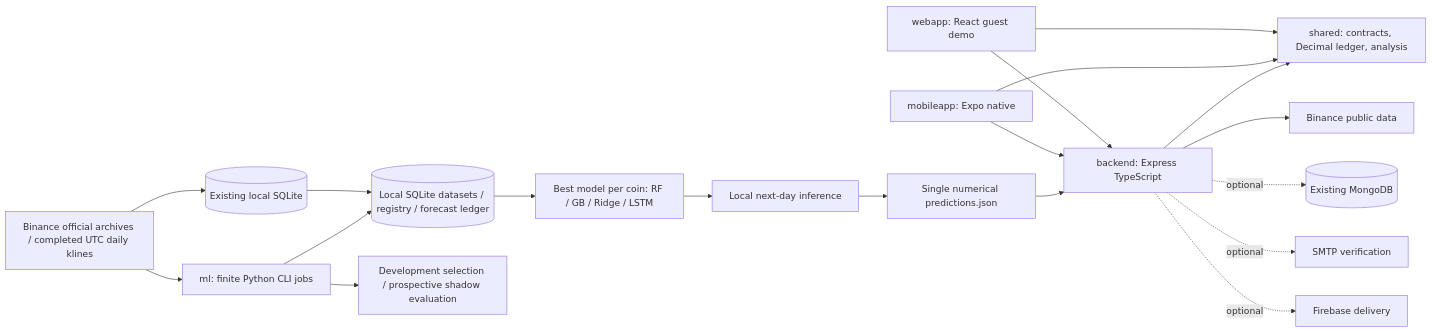
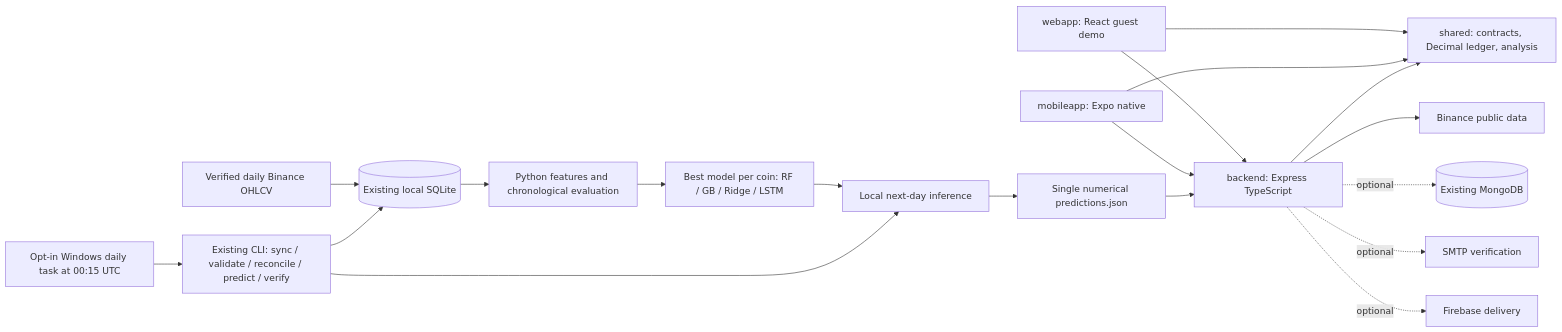
Before and after one commit to GorkemErtas/Investing-Hub: the diagram in docs/ARCHITECTURE.md, drawn with Mermaid. The commit also changed other lines of this file and 11 other files, not shown here.

````diff
--- a/docs/ARCHITECTURE.md
+++ b/docs/ARCHITECTURE.md
@@ -5,21 +5,21 @@
 ```mermaid
 flowchart LR
   Web[webapp: React guest demo] --> API[backend: Express TypeScript]
   Mobile[mobileapp: Expo native] --> API
   Web --> Shared[shared: contracts, Decimal ledger, analysis]
   Mobile --> Shared
   API --> Shared
   API --> Market[Binance public data]
   Binance[Verified daily Binance OHLCV] --> SQLite[(Existing local SQLite)]
   SQLite --> Local[Python features and chronological evaluation]
   Local --> Select[Best model per coin: RF / GB / Ridge / LSTM]
   Select --> Forecast[Local next-day inference]
   Forecast --> Export[Single numerical predictions.json]
   Export --> API
   API -. optional .-> Mongo[(Existing MongoDB)]
   API -. optional .-> Mail[SMTP verification]
   API -. optional .-> FCM[Firebase delivery]
-  Binance[Binance official archives / completed UTC daily klines] --> CLI[ml: finite Python CLI jobs]
-  CLI --> Local[(Local SQLite datasets / registry / forecast ledger)]
-  CLI --> Reports[Development selection / prospective shadow evaluation]
+  Task[Opt-in Windows daily task at 00:15 UTC] --> Daily[Existing CLI: sync / validate / reconcile / predict / verify]
+  Daily --> SQLite
+  Daily --> Forecast
 ```
````
